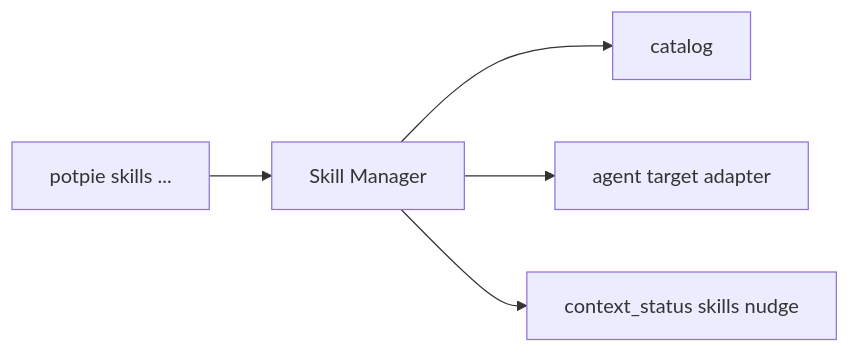
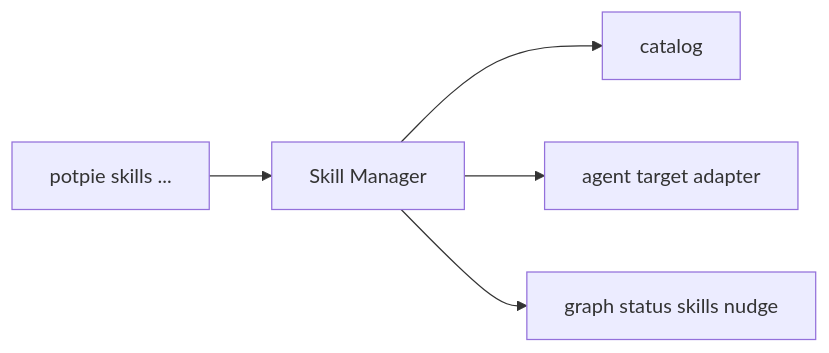
Before and after one commit to potpie-ai/potpie: the tenth of 12 diagrams in docs/context-graph/architecture.md, drawn with Mermaid. The commit also changed other lines of this file and 48 other files, not shown here.

Commit message:
docs: agent-surface bundle/plugin/skill templates + context-graph design docs

````diff
--- a/docs/context-graph/architecture.md
+++ b/docs/context-graph/architecture.md
@@ -561,13 +545,13 @@
 ```mermaid
 flowchart LR
   cg_skills_cli["potpie skills ..."]
   cg_skill_manager["Skill Manager"]
   cg_skill_catalog["catalog"]
   cg_target_adapter["agent target adapter"]
-  cg_status_nudge["context_status skills nudge"]
+  cg_status_nudge["graph status skills nudge"]
 
   cg_skills_cli --> cg_skill_manager
   cg_skill_manager --> cg_skill_catalog
   cg_skill_manager --> cg_target_adapter
   cg_skill_manager --> cg_status_nudge
 ```
````
